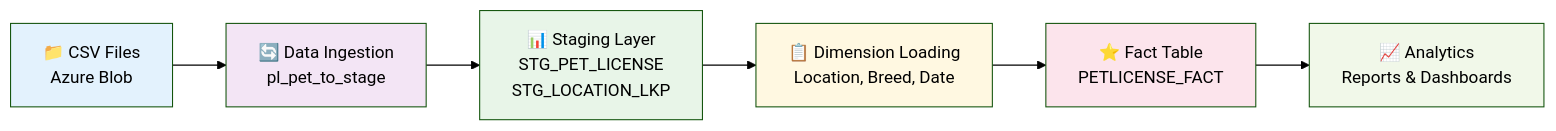
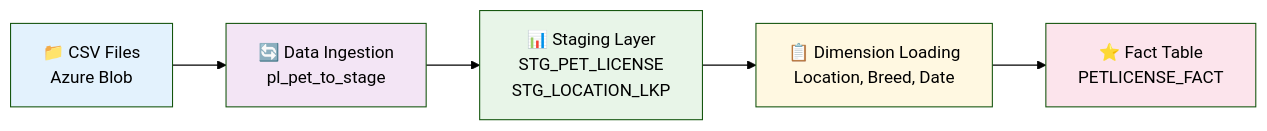
The second of 3 diagrams in README.md (anumaurya24/group-assignment1), drawn with Mermaid (forest theme) before and after one commit. The commit also changed other lines of this file, not shown here.

First line of the commit message:
🔧 Remove Power BI and analytics references from architecture

````diff
--- a/README.md
+++ b/README.md
@@ -197,15 +191,13 @@
 ```mermaid
 flowchart LR
     A[📁 CSV Files<br/>Azure Blob] --> B[🔄 Data Ingestion<br/>pl_pet_to_stage]
     B --> C[📊 Staging Layer<br/>STG_PET_LICENSE<br/>STG_LOCATION_LKP]
     C --> D[📋 Dimension Loading<br/>Location, Breed, Date]
     D --> E[⭐ Fact Table<br/>PETLICENSE_FACT]
-    E --> F[📈 Analytics<br/>Reports & Dashboards]
     
     style A fill:#e3f2fd
     style B fill:#f3e5f5
     style C fill:#e8f5e8
     style D fill:#fff8e1
     style E fill:#fce4ec
-    style F fill:#f1f8e9
 ```
````
